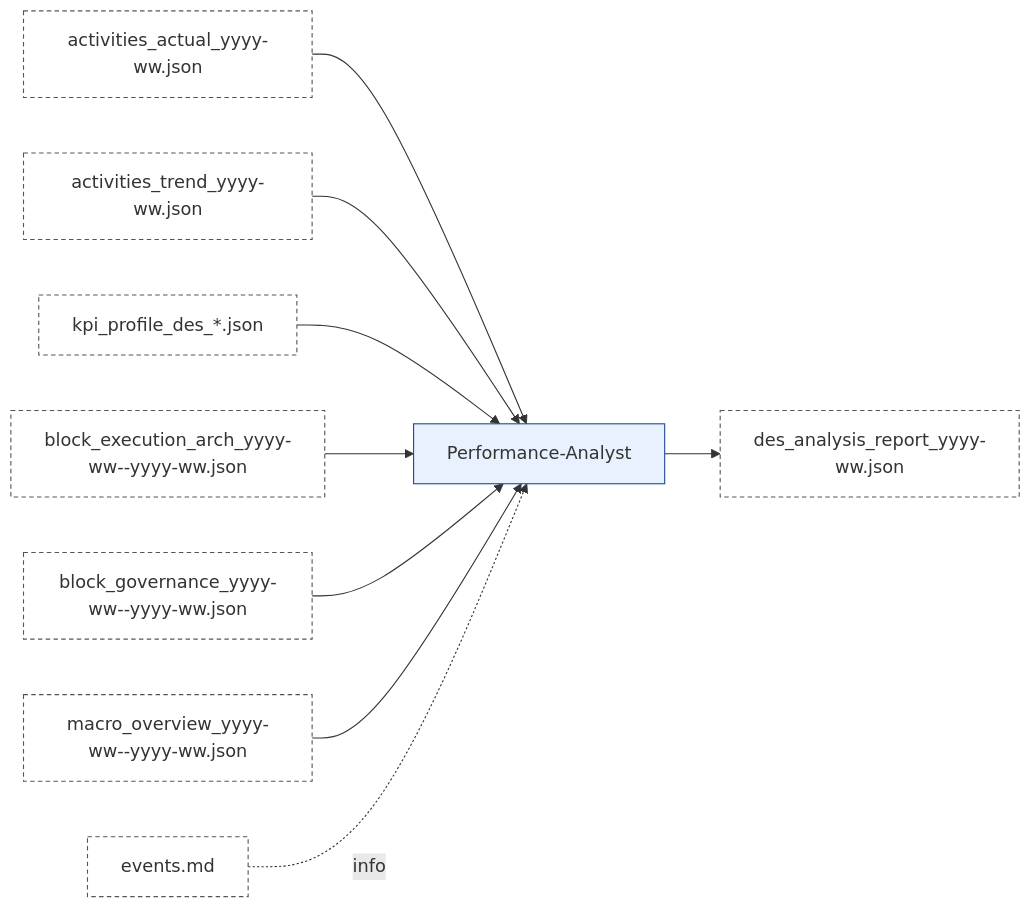
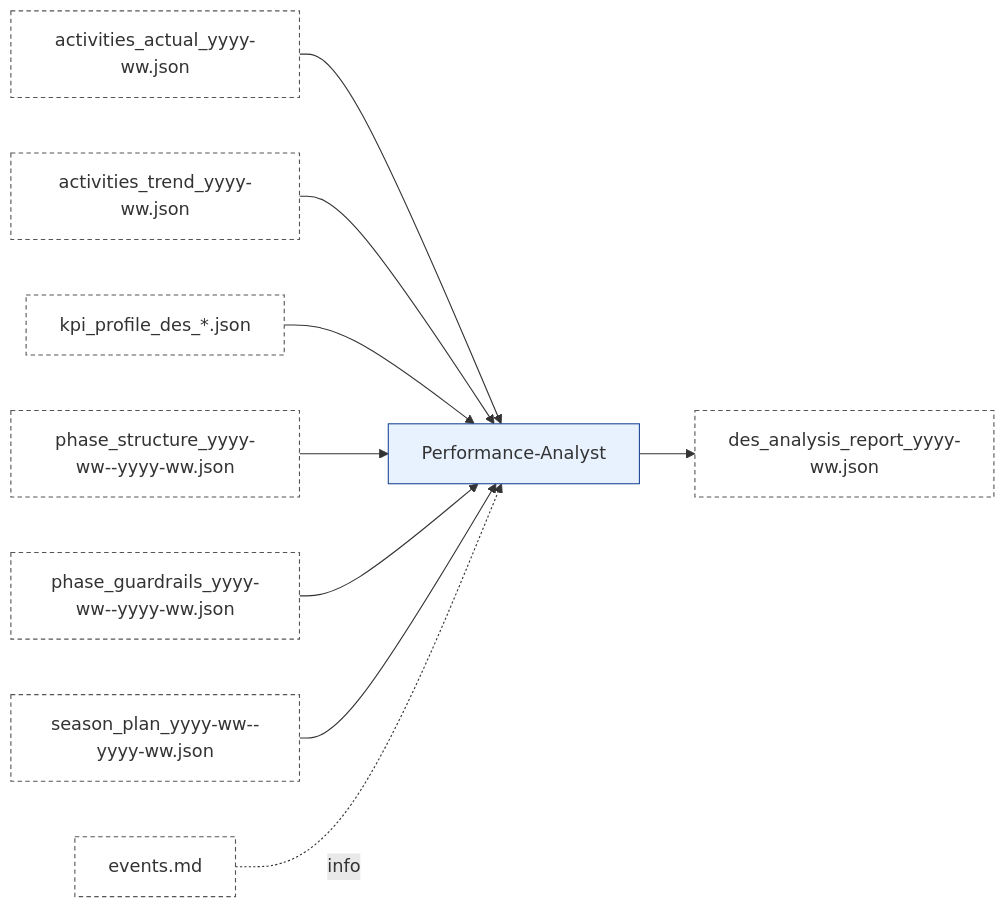
One commit to albauer-priv/RPS changed the eighth of 8 diagrams in doc/artefact_flow_overview_and_detail.md. Above: the diagram before and after it, drawn with Mermaid. The commit also changed other lines of this file and 94 other files, not shown here.

Commit message:
Rename artefacts to season/phase/weekly naming

````diff
--- a/doc/artefact_flow_overview_and_detail.md
+++ b/doc/artefact_flow_overview_and_detail.md
@@ -376,15 +376,15 @@
 ```mermaid
 flowchart LR
   AA[activities_actual_yyyy-ww.json]:::artefact --> PA[Performance-Analyst]:::agent
   AT[activities_trend_yyyy-ww.json]:::artefact --> PA
   KP[kpi_profile_des_*.json]:::artefact --> PA
-  BEA[block_execution_arch_yyyy-ww--yyyy-ww.json]:::artefact --> PA
-  BG[block_governance_yyyy-ww--yyyy-ww.json]:::artefact --> PA
-  MO[macro_overview_yyyy-ww--yyyy-ww.json]:::artefact --> PA
+  BEA[phase_structure_yyyy-ww--yyyy-ww.json]:::artefact --> PA
+  BG[phase_guardrails_yyyy-ww--yyyy-ww.json]:::artefact --> PA
+  MO[season_plan_yyyy-ww--yyyy-ww.json]:::artefact --> PA
   EV[events.md]:::artefact -. info .-> PA
 
   PA --> DR[des_analysis_report_yyyy-ww.json]:::artefact
 
   classDef agent fill:#e8f2ff,stroke:#1f4b99,stroke-width:1px;
   classDef artefact fill:#ffffff,stroke:#555,stroke-dasharray: 4 3,stroke-width:1px;
 ```
````
